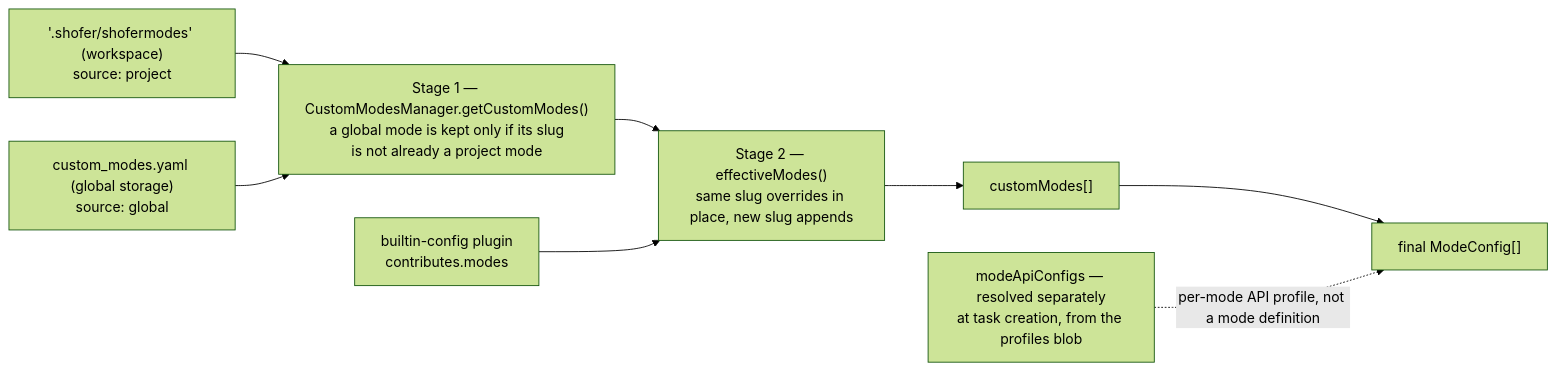
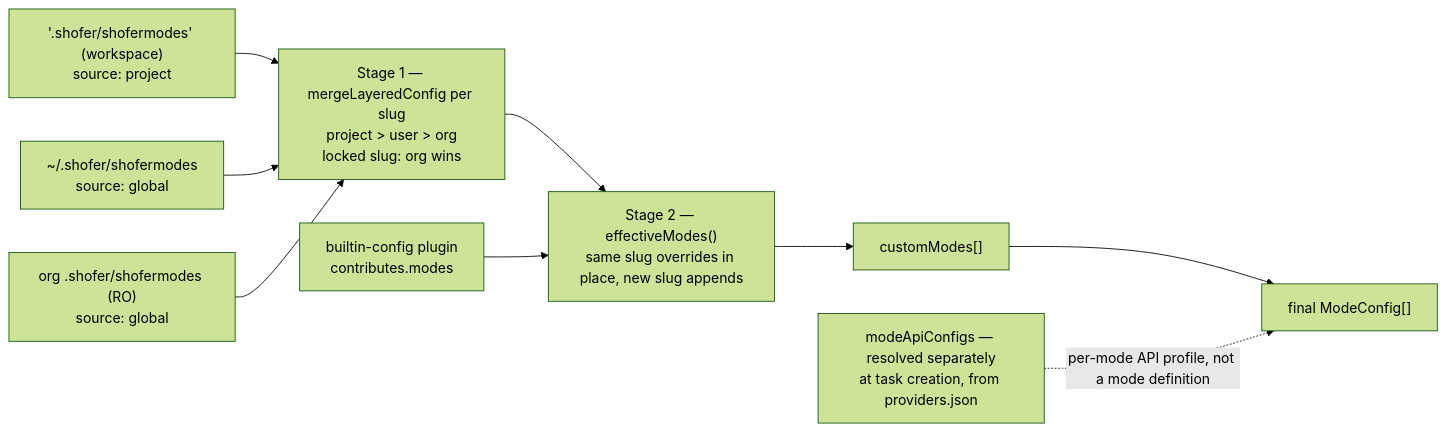
The third of 5 diagrams in docs/settings_overlay.md (shofer-dev/shofer), drawn with Mermaid (forest theme) before and after one commit. The commit also changed other lines of this file and 14 other files, not shown here.

````diff
--- a/docs/settings_overlay.md
+++ b/docs/settings_overlay.md
@@ -466,19 +464,21 @@
 ```mermaid
 flowchart LR
     PROJ["'.shofer/shofermodes' (workspace)<br/>source: project"]
-    GLOB["custom_modes.yaml (global storage)<br/>source: global"]
+    USR["~/.shofer/shofermodes<br/>source: global"]
+    ORG["org .shofer/shofermodes (RO)<br/>source: global"]
     BUILT["builtin-config plugin<br/>contributes.modes"]
-    S1["Stage 1 — CustomModesManager.getCustomModes()<br/>a global mode is kept only if its slug<br/>is not already a project mode"]
+    S1["Stage 1 — mergeLayeredConfig per slug<br/>project > user > org<br/>locked slug: org wins"]
     CM["customModes[]"]
     S2["Stage 2 — effectiveModes()<br/>same slug overrides in place, new slug appends"]
     FINAL["final ModeConfig[]"]
-    MAC["modeApiConfigs — resolved separately<br/>at task creation, from the profiles blob"]
+    MAC["modeApiConfigs — resolved separately<br/>at task creation, from providers.json"]
 
     PROJ --> S1
-    GLOB --> S1
+    USR --> S1
+    ORG --> S1
     S1 --> S2
     BUILT --> S2
     S2 --> CM
     CM --> FINAL
     MAC -.->|"per-mode API profile, not a mode definition"| FINAL
 ```
````
